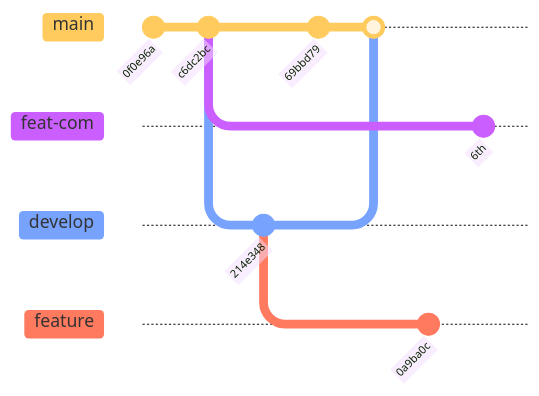
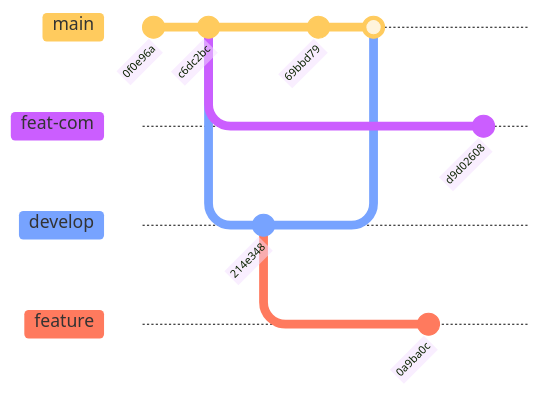
One commit to umr-marbec/git-training changed diagram 21 of 23 in slides-git-quarto/slides-training.qmd. Above: the diagram before and after it, drawn with Mermaid. The commit also changed other lines of this file, not shown here.

````diff
--- a/slides-git-quarto/slides-training.qmd
+++ b/slides-git-quarto/slides-training.qmd
@@ -662,20 +675,20 @@
 ```{mermaid}
 %%| fig-width: 10
 %%| fig-height: 4
 %%{init: { 'logLevel': 'debug', 'theme': 'base', 'gitGraph': {'rotateCommitLabel': true}}}%%
 gitGraph
     commit id: "0f0e96a"
     commit id: "c6dc2bc"
     branch feat-com
     branch develop
     checkout develop
     commit id: "214e348"
     checkout main
     commit id: "69bbd79"
     merge develop
     checkout develop
     branch feature
     commit id: "0a9ba0c"
     checkout feat-com
-    commit id: "6th"
+    commit id: "d9d02608"
 ```
````
